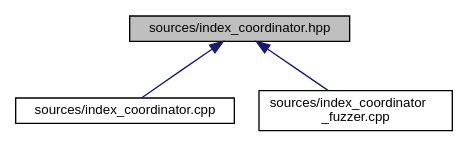
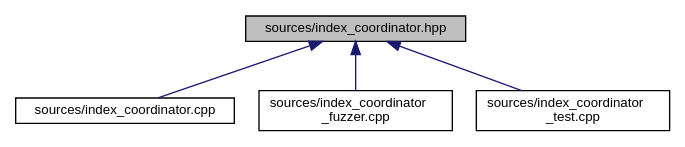
One commit to eliogovea/dev-env-cpp changed the diagram in dev/documentation/index__coordinator_8hpp__dep__incl.dot. Above: the diagram before and after it, drawn with Graphviz. The commit also changed 68 other files, not shown here.

```diff
--- a/dev/documentation/index__coordinator_8hpp__dep__incl.dot
+++ b/dev/documentation/index__coordinator_8hpp__dep__incl.dot
@@ -1,11 +1,13 @@
 digraph "sources/index_coordinator.hpp"
 {
  // LATEX_PDF_SIZE
   edge [fontname="Helvetica",fontsize="10",labelfontname="Helvetica",labelfontsize="10"];
   node [fontname="Helvetica",fontsize="10",shape=record];
   Node1 [label="sources/index_coordinator.hpp",height=0.2,width=0.4,color="black", fillcolor="grey75", style="filled", fontcolor="black",tooltip=" "];
   Node1 -> Node2 [dir="back",color="midnightblue",fontsize="10",style="solid",fontname="Helvetica"];
   Node2 [label="sources/index_coordinator.cpp",height=0.2,width=0.4,color="black", fillcolor="white", style="filled",URL="$index__coordinator_8cpp.html",tooltip=" "];
   Node1 -> Node3 [dir="back",color="midnightblue",fontsize="10",style="solid",fontname="Helvetica"];
   Node3 [label="sources/index_coordinator\l_fuzzer.cpp",height=0.2,width=0.4,color="black", fillcolor="white", style="filled",URL="$index__coordinator__fuzzer_8cpp.html",tooltip=" "];
+  Node1 -> Node4 [dir="back",color="midnightblue",fontsize="10",style="solid",fontname="Helvetica"];
+  Node4 [label="sources/index_coordinator\l_test.cpp",height=0.2,width=0.4,color="black", fillcolor="white", style="filled",URL="$index__coordinator__test_8cpp.html",tooltip=" "];
 }
```
